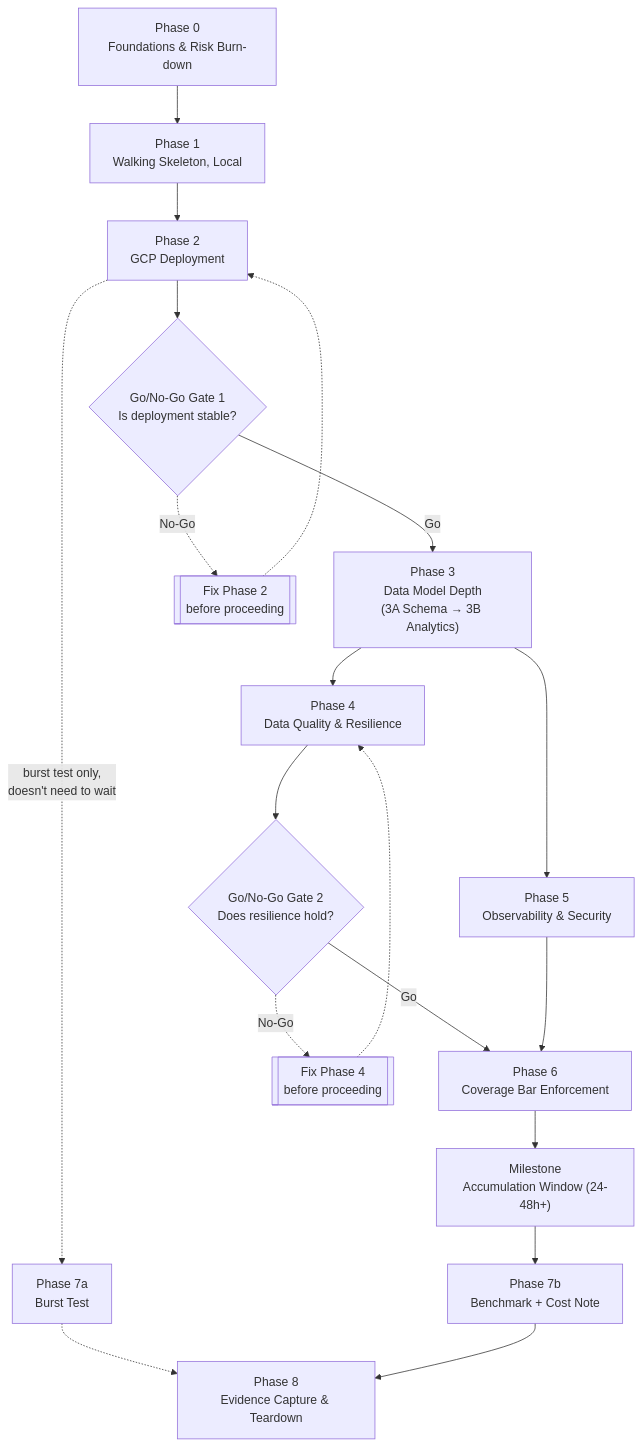
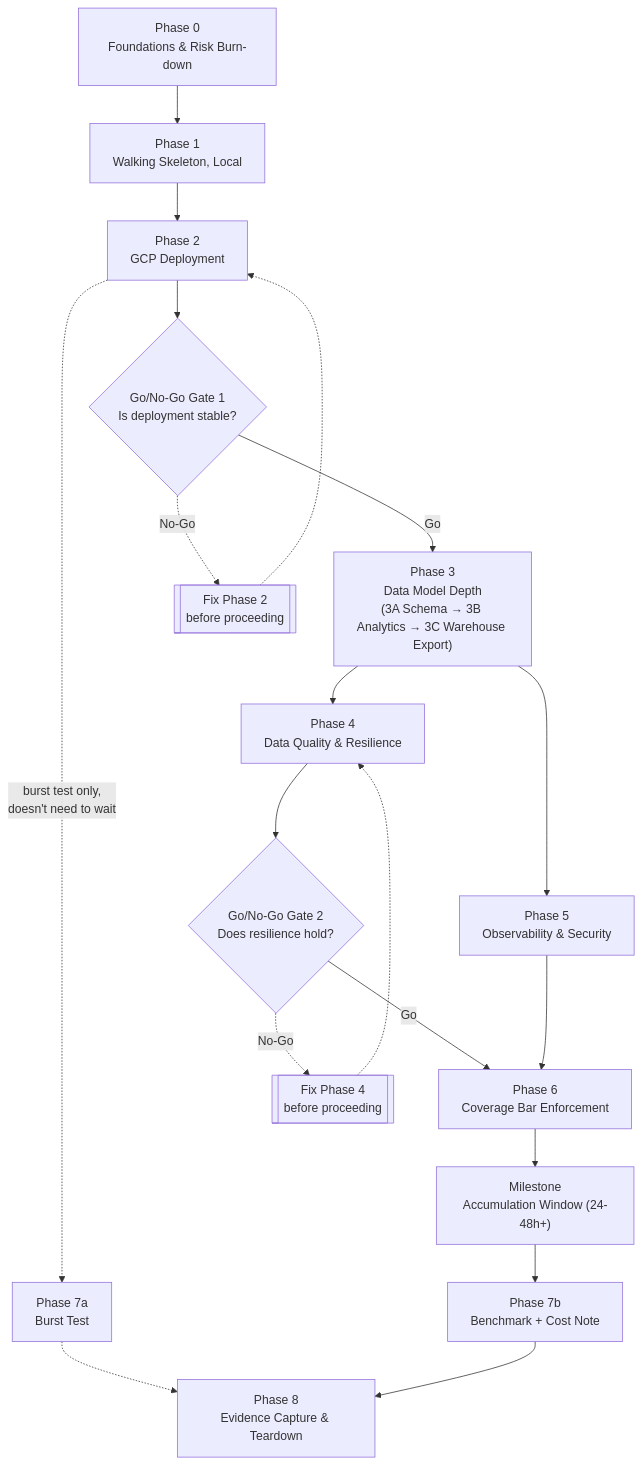
The diagram in docs/planning/master-plan.md (AhmedIkram05/WikiStream), drawn with Mermaid before and after one commit. The commit also changed other lines of this file and 1 other file, not shown here.

First line of the commit message:
docs: Update master plan and vision documents with Phase 3C details and BigQuery integration

````diff
--- a/docs/planning/master-plan.md
+++ b/docs/planning/master-plan.md
@@ -17,21 +17,21 @@
 ```mermaid
 flowchart TD
     P0["Phase 0<br/>Foundations & Risk Burn-down"] --> P1["Phase 1<br/>Walking Skeleton, Local"]
     P1 --> P2["Phase 2<br/>GCP Deployment"]
     P2 --> G1{"Go/No-Go Gate 1<br/>Is deployment stable?"}
-    G1 -->|Go| P3["Phase 3<br/>Data Model Depth<br/>(3A Schema → 3B Analytics)"]
+    G1 -->|Go| P3["Phase 3<br/>Data Model Depth<br/>(3A Schema → 3B Analytics → 3C Warehouse Export)"]
     G1 -.->|No-Go| FIX1[["Fix Phase 2<br/>before proceeding"]]
     FIX1 -.-> P2
     P3 --> P4["Phase 4<br/>Data Quality & Resilience"]
     P3 --> P5["Phase 5<br/>Observability & Security"]
     P4 --> G2{"Go/No-Go Gate 2<br/>Does resilience hold?"}
     G2 -->|Go| P6["Phase 6<br/>Coverage Bar Enforcement"]
     G2 -.->|No-Go| FIX2[["Fix Phase 4<br/>before proceeding"]]
     FIX2 -.-> P4
     P5 --> P6
     P2 -.->|"burst test only,<br/>doesn't need to wait"| P7a["Phase 7a<br/>Burst Test"]
     P6 --> MW["Milestone<br/>Accumulation Window (24-48h+)"]
     MW --> P7b["Phase 7b<br/>Benchmark + Cost Note"]
     P7a -.-> P8["Phase 8<br/>Evidence Capture & Teardown"]
     P7b --> P8
 ```
````
